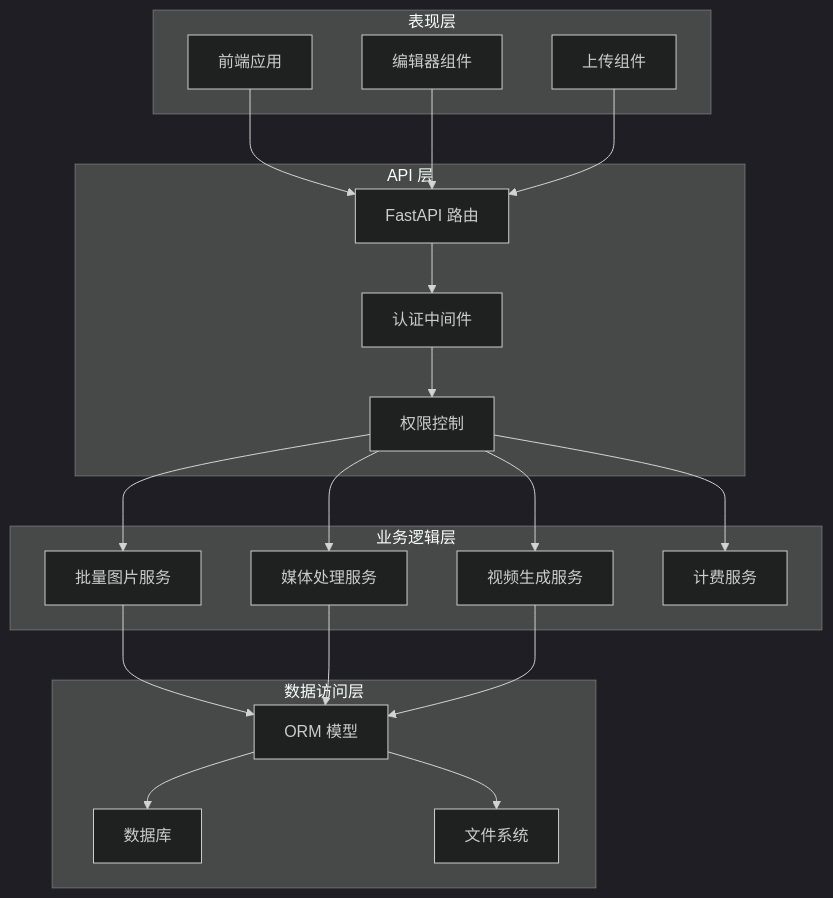
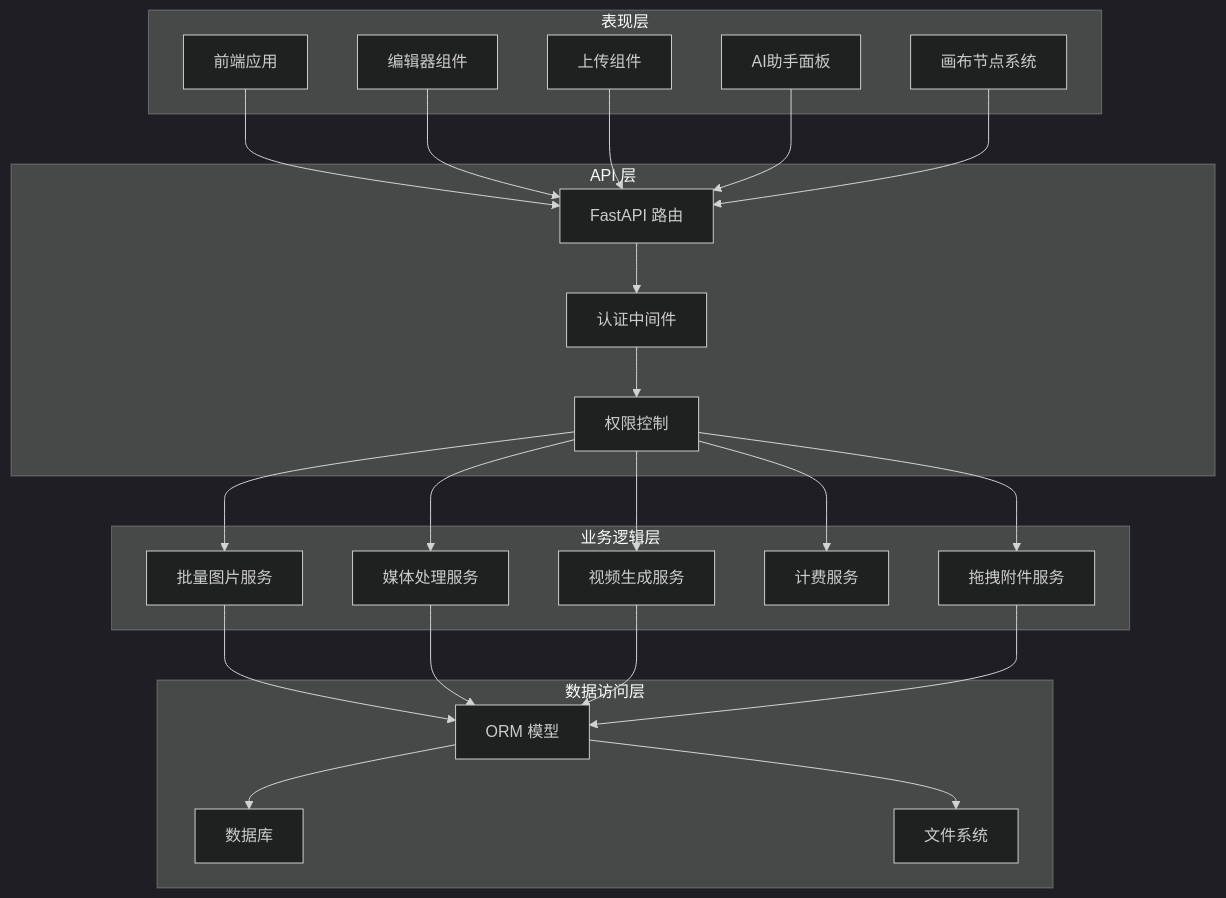
One commit to KunLabAI/KunFlix changed the fifth of 12 diagrams in .qoder/repowiki/zh/content/前端应用架构/UI组件库/画布组件系统/AI助手面板/多图片支持增强.md. Above: the diagram before and after it, drawn with Mermaid (dark theme). The commit also changed other lines of this file and 32 other files, not shown here.

````diff
--- a/.qoder/repowiki/zh/content/前端应用架构/UI组件库/画布组件系统/AI助手面板/多图片支持增强.md
+++ b/.qoder/repowiki/zh/content/前端应用架构/UI组件库/画布组件系统/AI助手面板/多图片支持增强.md
@@ -210,38 +236,45 @@
 ```mermaid
 graph TB
 subgraph "表现层"
 A[前端应用]
 B[编辑器组件]
 C[上传组件]
+D[AI助手面板]
+E[画布节点系统]
 end
 subgraph "API 层"
-D[FastAPI 路由]
-E[认证中间件]
-F[权限控制]
+F[FastAPI 路由]
+G[认证中间件]
+H[权限控制]
 end
 subgraph "业务逻辑层"
-G[批量图片服务]
-H[媒体处理服务]
-I[视频生成服务]
-J[计费服务]
+I[批量图片服务]
+J[媒体处理服务]
+K[视频生成服务]
+L[计费服务]
+M[拖拽附件服务]
 end
 subgraph "数据访问层"
-K[ORM 模型]
-L[数据库]
-M[文件系统]
+N[ORM 模型]
+O[数据库]
+P[文件系统]
 end
-A --> D
-B --> D
-C --> D
-D --> E
+A --> F
+B --> F
+C --> F
+D --> F
 E --> F
 F --> G
-F --> H
-F --> I
-F --> J
-G --> K
+G --> H
+H --> I
+H --> J
 H --> K
-I --> K
-K --> L
-K --> M
+H --> L
+H --> M
+I --> N
+J --> N
+K --> N
+M --> N
+N --> O
+N --> P
 ```
````
